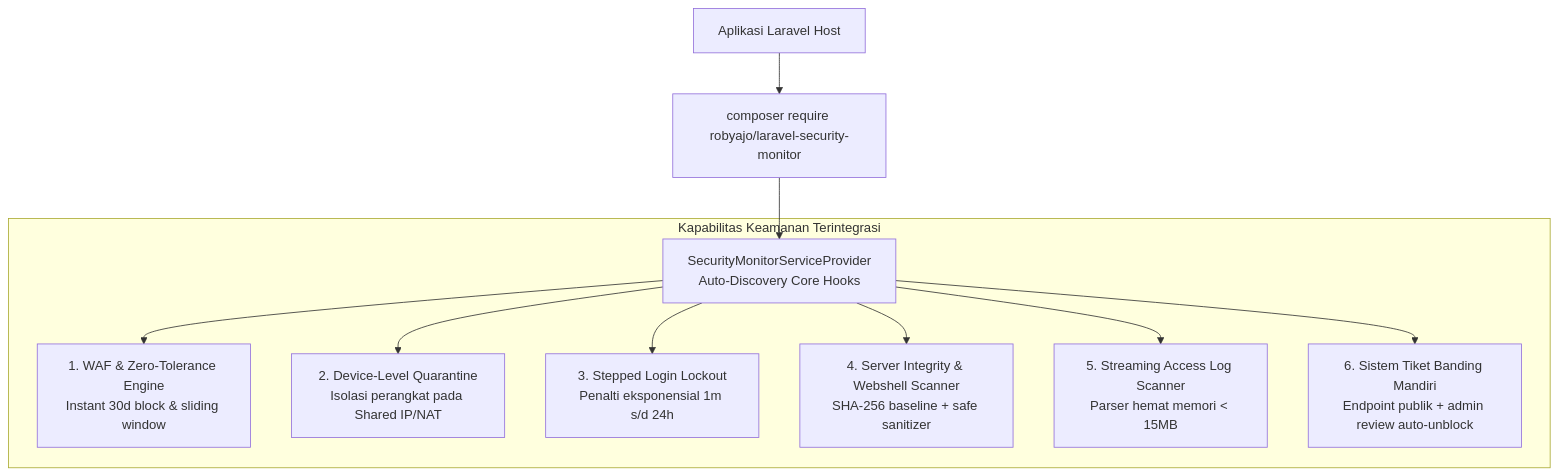
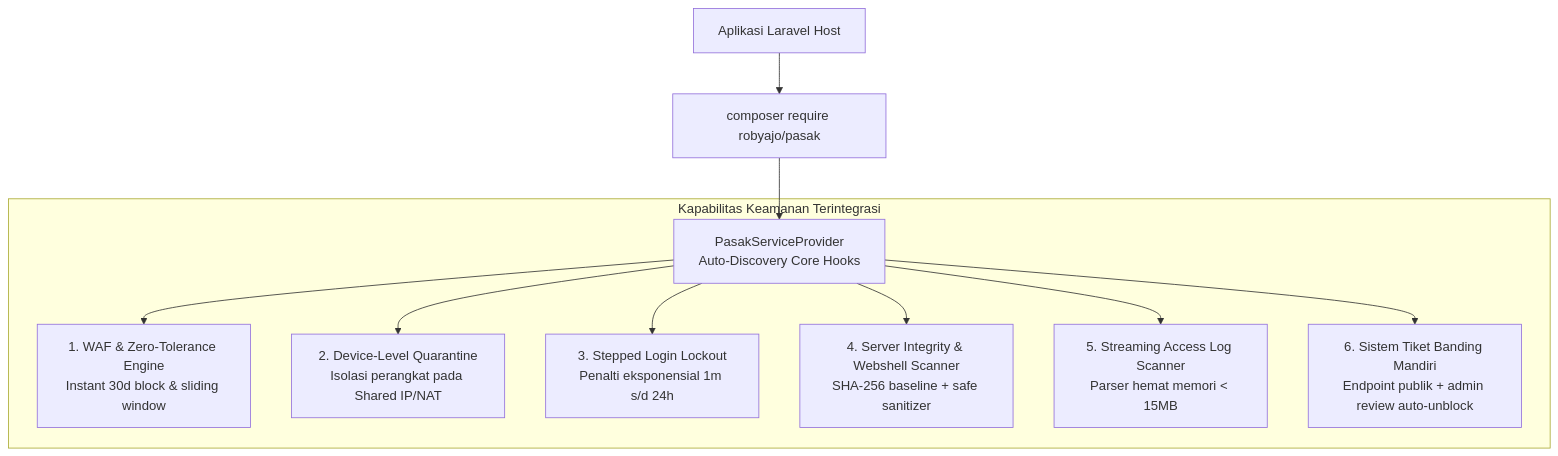
Before and after one commit to robyajo/pasak: the diagram in DOCS/packagist-plan.md, drawn with Mermaid. The commit also changed other lines of this file and 189 other files, not shown here.

First line of the commit message:
Rename package to robyajo/pasak

````diff
--- a/DOCS/packagist-plan.md
+++ b/DOCS/packagist-plan.md
@@ -52,14 +52,14 @@
 ```mermaid
 graph TD
-    UserApp[Aplikasi Laravel Host] --> Composer[composer require robyajo/laravel-security-monitor]
-    Composer --> Provider[SecurityMonitorServiceProvider<br/>Auto-Discovery Core Hooks]
+    UserApp[Aplikasi Laravel Host] --> Composer[composer require robyajo/pasak]
+    Composer --> Provider[PasakServiceProvider<br/>Auto-Discovery Core Hooks]
 
     subgraph CoreCapabilities ["Kapabilitas Keamanan Terintegrasi"]
         Provider --> WAF[1. WAF & Zero-Tolerance Engine<br/>Instant 30d block & sliding window]
         Provider --> Device[2. Device-Level Quarantine<br/>Isolasi perangkat pada Shared IP/NAT]
         Provider --> Lockout[3. Stepped Login Lockout<br/>Penalti eksponensial 1m s/d 24h]
         Provider --> Integrity[4. Server Integrity & Webshell Scanner<br/>SHA-256 baseline + safe sanitizer]
         Provider --> LogStream[5. Streaming Access Log Scanner<br/>Parser hemat memori < 15MB]
         Provider --> Appeals[6. Sistem Tiket Banding Mandiri<br/>Endpoint publik + admin review auto-unblock]
     end
 ```
````
